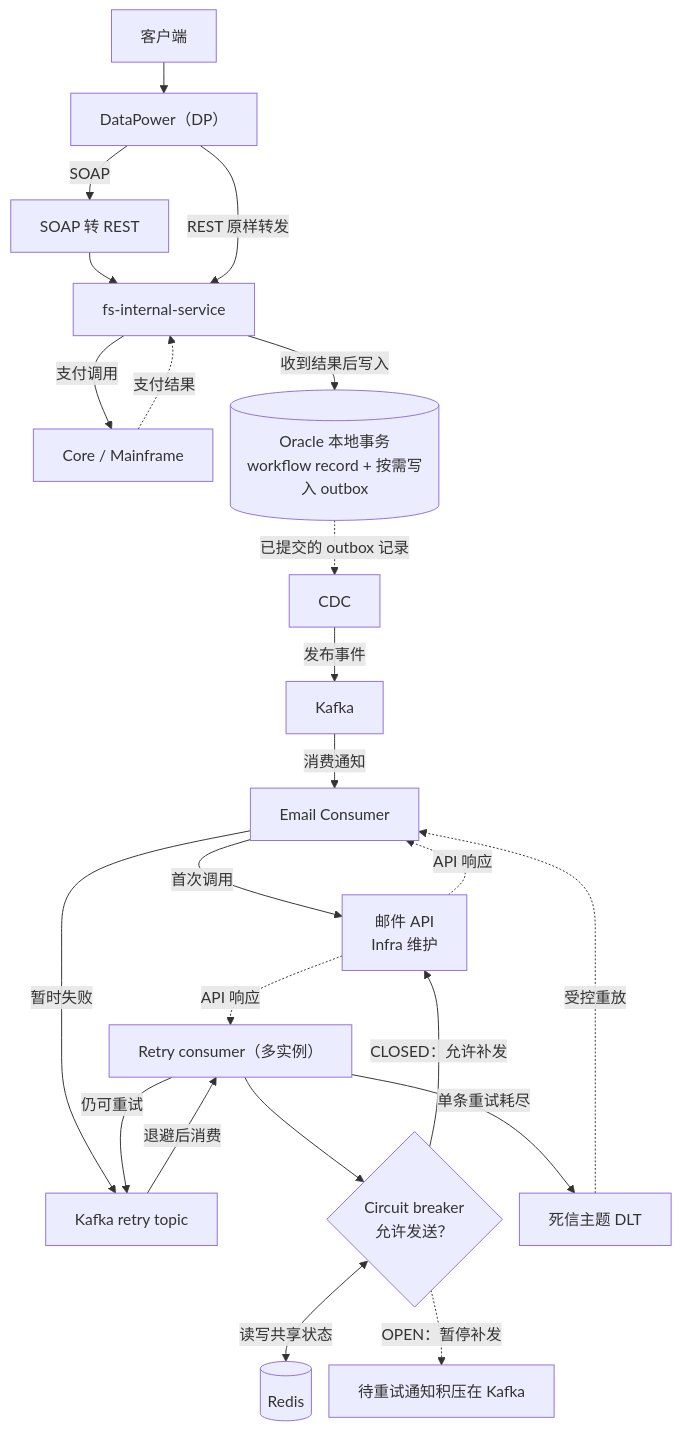
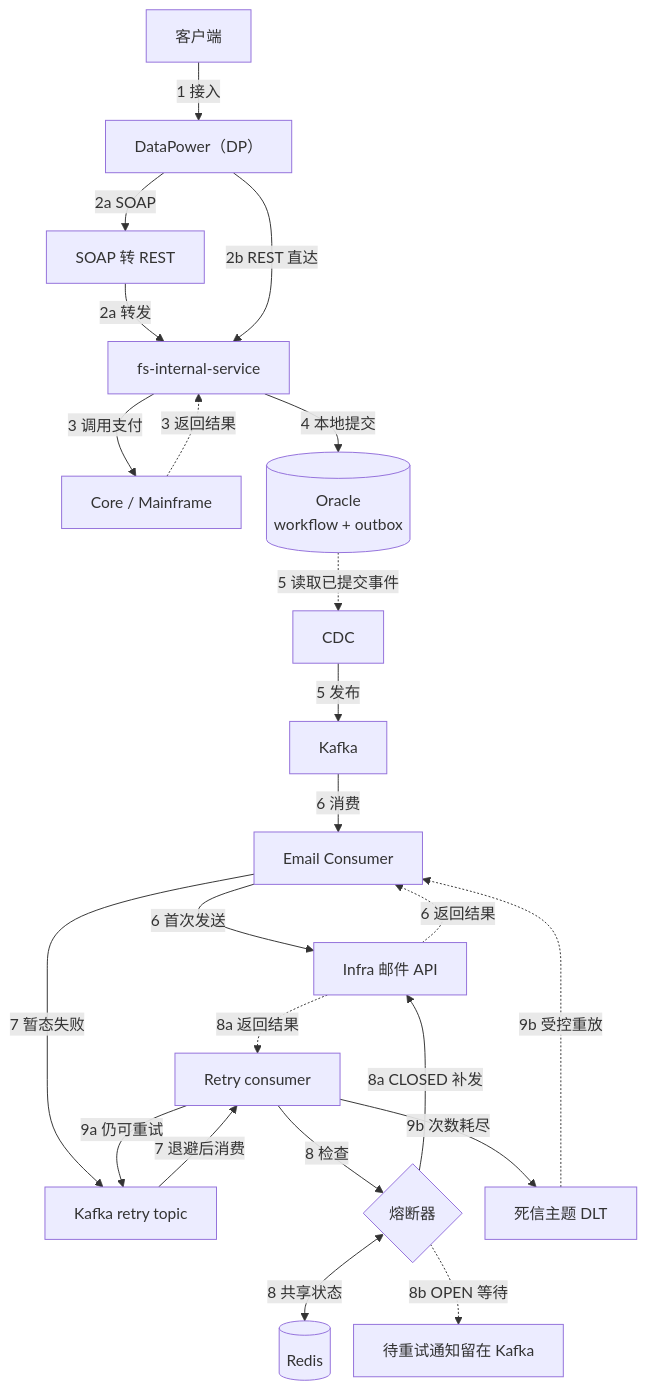
The second of 2 diagrams in _posts/Interviews/2026-11-17-MadisonDavisProjectInterview.md (ChrisZZhong/zhichengzhong), drawn with Mermaid before and after one commit. The commit also changed other lines of this file and 3 other files, not shown here.

Commit message:
Keep Mermaid labels readable and number payment diagram steps

````diff
--- a/_posts/Interviews/2026-11-17-MadisonDavisProjectInterview.md
+++ b/_posts/Interviews/2026-11-17-MadisonDavisProjectInterview.md
@@ -43,27 +50,26 @@
 ```mermaid
-%%{init: {"flowchart": {"nodeSpacing": 18, "rankSpacing": 32}} }%%
+%%{init: {"flowchart": {"nodeSpacing": 24, "rankSpacing": 36}} }%%
 flowchart TD
-    client["客户端"] --> dp["DataPower（DP）"]
-    dp -->|SOAP| translator["SOAP 转 REST"]
-    translator --> service["fs-internal-service"]
-    dp -->|REST 原样转发| service
-    service -->|支付调用| core["Core / Mainframe"]
-    core -.->|支付结果| service
-    service -->|收到结果后写入| db[("Oracle 本地事务<br/>workflow record + 按需写入 outbox")]
-
-    db -.->|已提交的 outbox 记录| cdc["CDC"]
-    cdc -->|发布事件| kafka["Kafka"]
-    kafka -->|消费通知| consumer["Email Consumer"]
-    consumer -->|首次调用| mail["邮件 API<br/>Infra 维护"]
-    mail -.->|API 响应| consumer
-    consumer -->|暂时失败| retry["Kafka retry topic"]
-    retry -->|退避后消费| rc["Retry consumer（多实例）"]
-    rc --> cb{"Circuit breaker<br/>允许发送？"}
-    cb <-->|读写共享状态| redis[("Redis")]
-    cb -->|CLOSED：允许补发| mail
-    cb -.->|OPEN：暂停补发| hold["待重试通知积压在 Kafka"]
-    mail -.->|API 响应| rc
-    rc -->|仍可重试| retry
-    rc -->|单条重试耗尽| dlt["死信主题 DLT"]
-    dlt -.->|受控重放| consumer
+    client["客户端"] -->|1 接入| dp["DataPower（DP）"]
+    dp -->|2a SOAP| translator["SOAP 转 REST"]
+    translator -->|2a 转发| service["fs-internal-service"]
+    dp -->|2b REST 直达| service
+    service -->|3 调用支付| core["Core / Mainframe"]
+    core -.->|3 返回结果| service
+    service -->|4 本地提交| db[("Oracle<br/>workflow + outbox")]
+    db -.->|5 读取已提交事件| cdc["CDC"]
+    cdc -->|5 发布| kafka["Kafka"]
+    kafka -->|6 消费| consumer["Email Consumer"]
+    consumer -->|6 首次发送| mail["Infra 邮件 API"]
+    mail -.->|6 返回结果| consumer
+    consumer -->|7 暂态失败| retry["Kafka retry topic"]
+    retry -->|7 退避后消费| rc["Retry consumer"]
+    rc -->|8 检查| cb{"熔断器"}
+    cb <-->|8 共享状态| redis[("Redis")]
+    cb -->|8a CLOSED 补发| mail
+    mail -.->|8a 返回结果| rc
+    cb -.->|8b OPEN 等待| hold["待重试通知留在 Kafka"]
+    rc -->|9a 仍可重试| retry
+    rc -->|9b 次数耗尽| dlt["死信主题 DLT"]
+    dlt -.->|9b 受控重放| consumer
 ```
````
